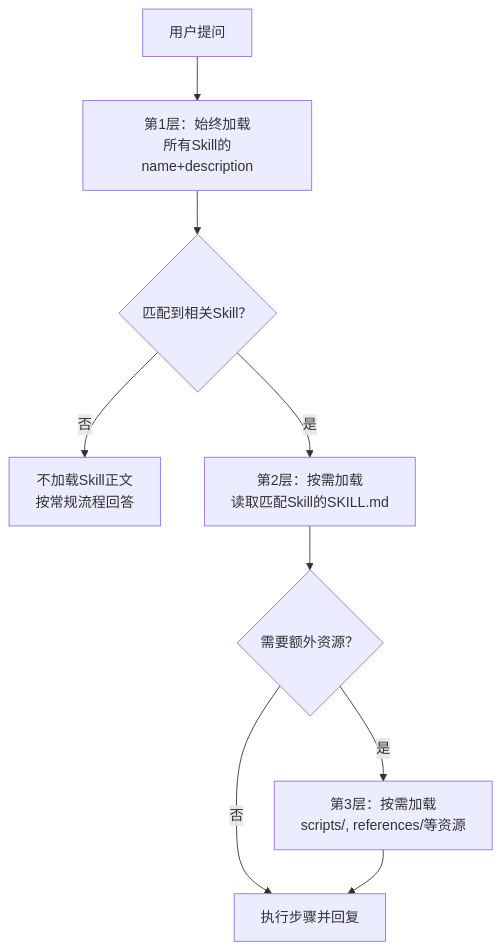
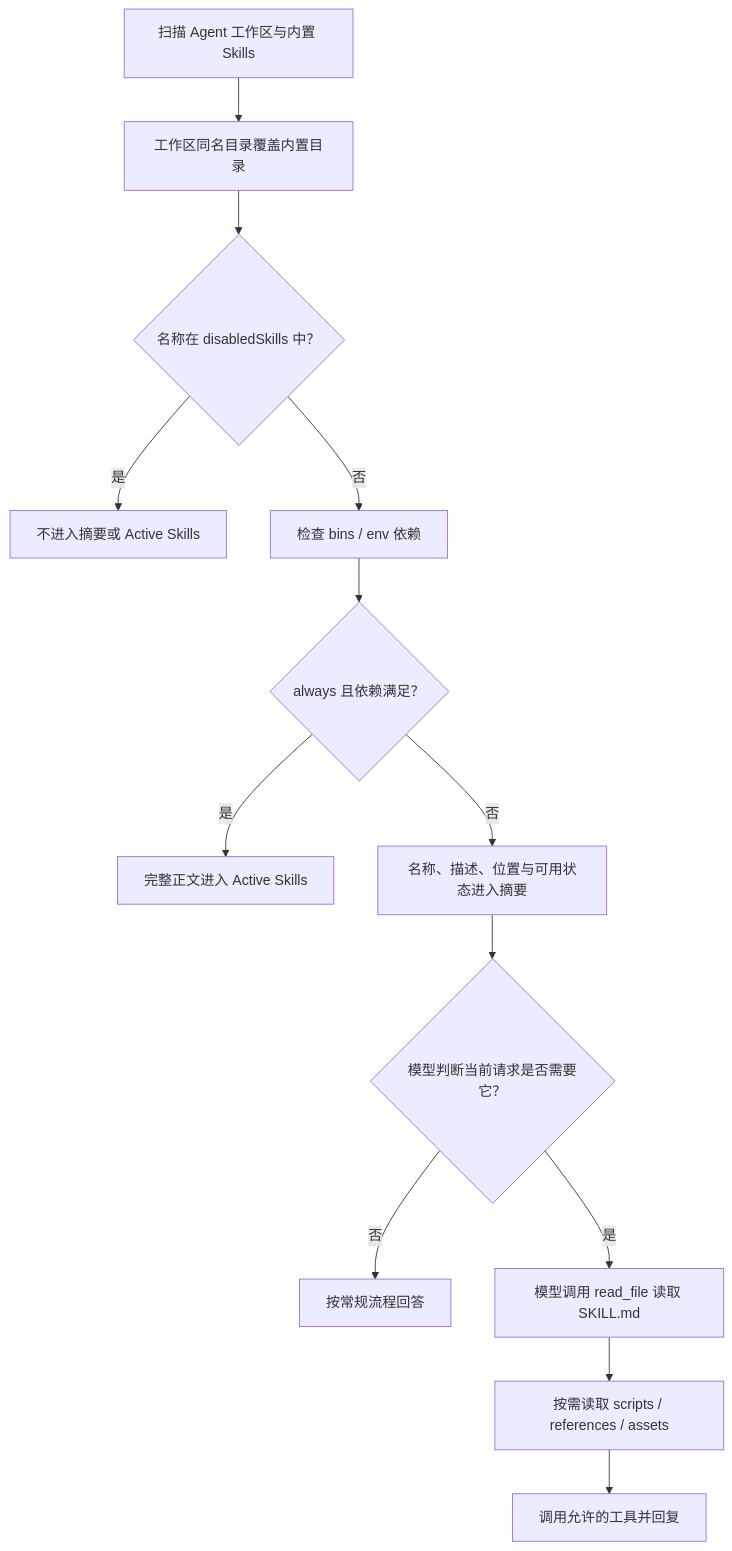
One commit to sine-io/byte-of-nanobot changed the second of 3 diagrams in docs/zh-cn/zero/03-skills.md. Above: the diagram before and after it, drawn with Mermaid. The commit also changed other lines of this file and 1 other file, not shown here.

Commit message:
docs: explain the complete skill lifecycle (#34)

````diff
--- a/docs/zh-cn/zero/03-skills.md
+++ b/docs/zh-cn/zero/03-skills.md
@@ -79,11 +81,15 @@
 ```mermaid
 flowchart TD
-    start[用户提问] --> layer1[第1层：始终加载<br/>所有Skill的name+description]
-    layer1 --> match{匹配到相关Skill？}
-    match -- 否 --> direct[不加载Skill正文<br/>按常规流程回答]
-    match -- 是 --> layer2[第2层：按需加载<br/>读取匹配Skill的SKILL.md]
-    layer2 --> need{需要额外资源？}
-    need -- 否 --> answer[执行步骤并回复]
-    need -- 是 --> layer3[第3层：按需加载<br/>scripts/, references/等资源]
-    layer3 --> answer
+    scan[扫描 Agent 工作区与内置 Skills] --> override[工作区同名目录覆盖内置目录]
+    override --> disabled{名称在 disabledSkills 中？}
+    disabled -- 是 --> hidden[不进入摘要或 Active Skills]
+    disabled -- 否 --> requirements[检查 bins / env 依赖]
+    requirements --> always{always 且依赖满足？}
+    always -- 是 --> active[完整正文进入 Active Skills]
+    always -- 否 --> summary[名称、描述、位置与可用状态进入摘要]
+    summary --> choose{模型判断当前请求是否需要它？}
+    choose -- 否 --> direct[按常规流程回答]
+    choose -- 是 --> load[模型调用 read_file 读取 SKILL.md]
+    load --> resources[按需读取 scripts / references / assets]
+    resources --> answer[调用允许的工具并回复]
 ```
````
